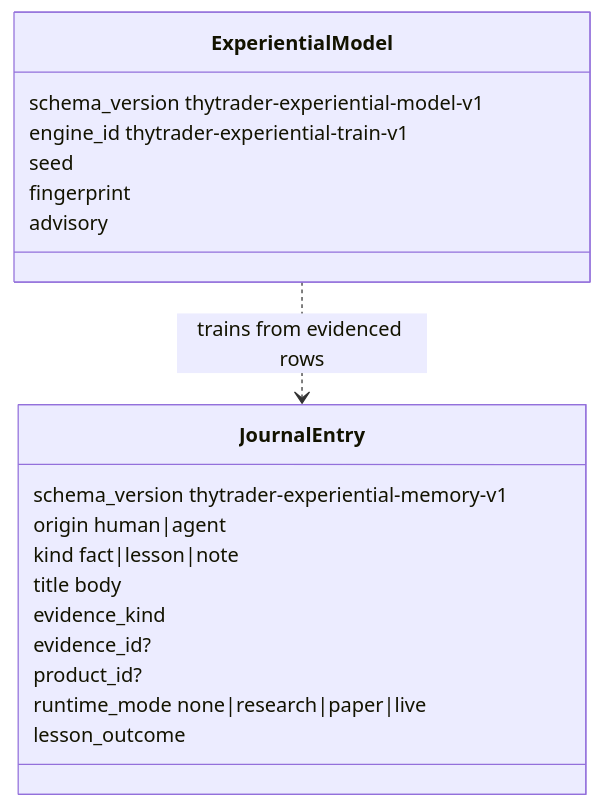
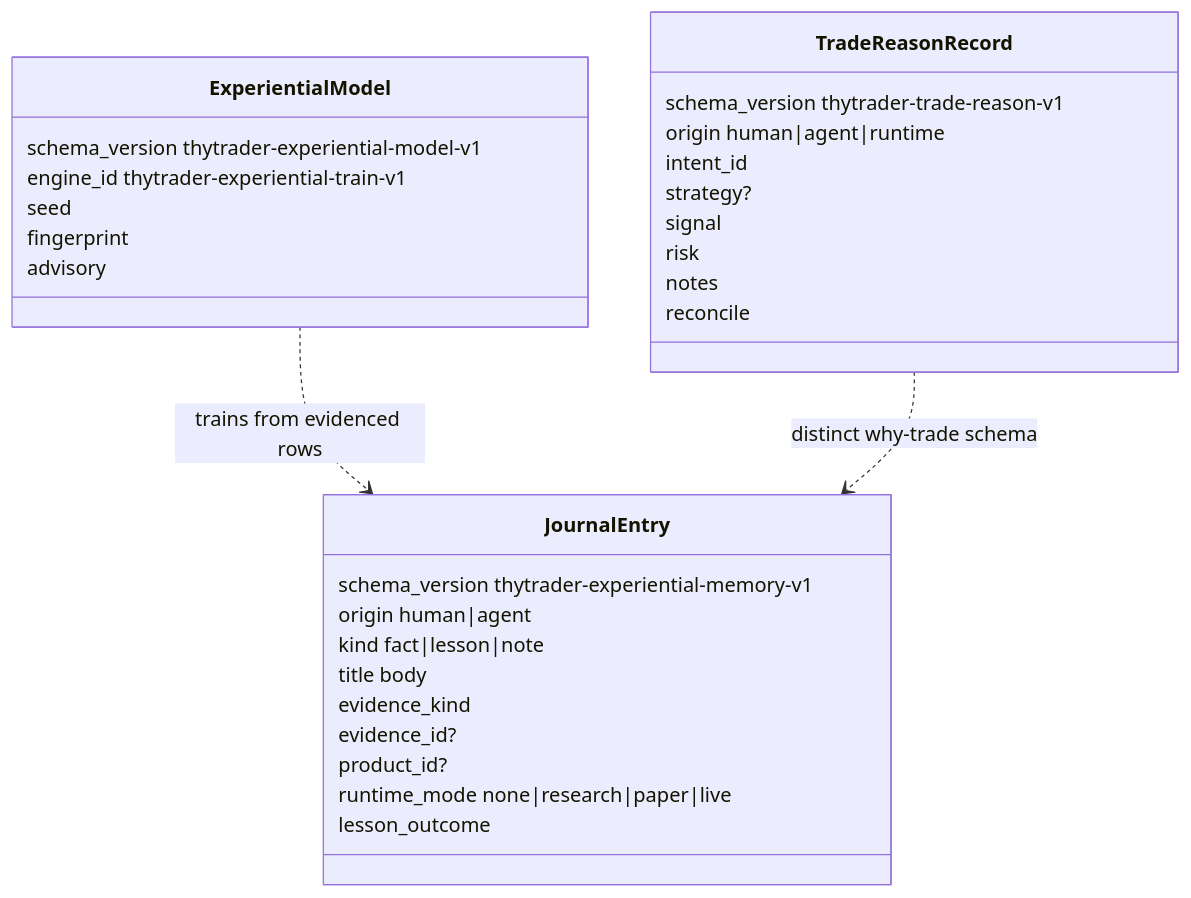
The fourth of 4 diagrams in docs/architecture/contracts/other-payloads.md (Zoltesh/thytrader), drawn with Mermaid before and after one commit. The commit also changed other lines of this file and 64 other files, not shown here.

First line of the commit message:
feat(memory): durable trade-reason journals for why-trade review

````diff
--- a/docs/architecture/contracts/other-payloads.md
+++ b/docs/architecture/contracts/other-payloads.md
@@ -111,22 +113,33 @@
 ```mermaid
 classDiagram
   class JournalEntry {
     schema_version thytrader-experiential-memory-v1
     origin human|agent
     kind fact|lesson|note
     title body
     evidence_kind
     evidence_id?
     product_id?
     runtime_mode none|research|paper|live
     lesson_outcome
   }
   class ExperientialModel {
     schema_version thytrader-experiential-model-v1
     engine_id thytrader-experiential-train-v1
     seed
     fingerprint
     advisory
   }
+  class TradeReasonRecord {
+    schema_version thytrader-trade-reason-v1
+    origin human|agent|runtime
+    intent_id
+    strategy?
+    signal
+    risk
+    notes
+    reconcile
+  }
   ExperientialModel ..> JournalEntry : trains from evidenced rows
+  TradeReasonRecord ..> JournalEntry : distinct why-trade schema
 ```
````
